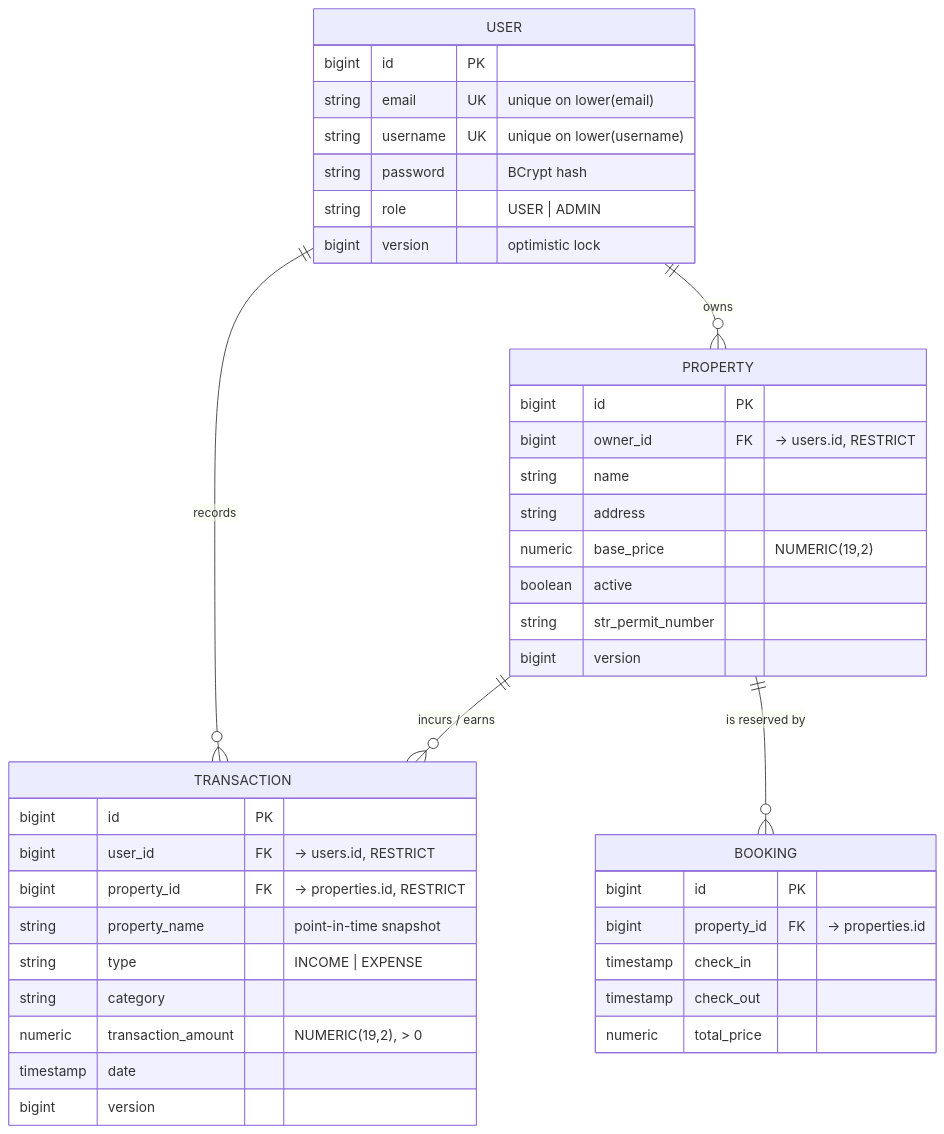
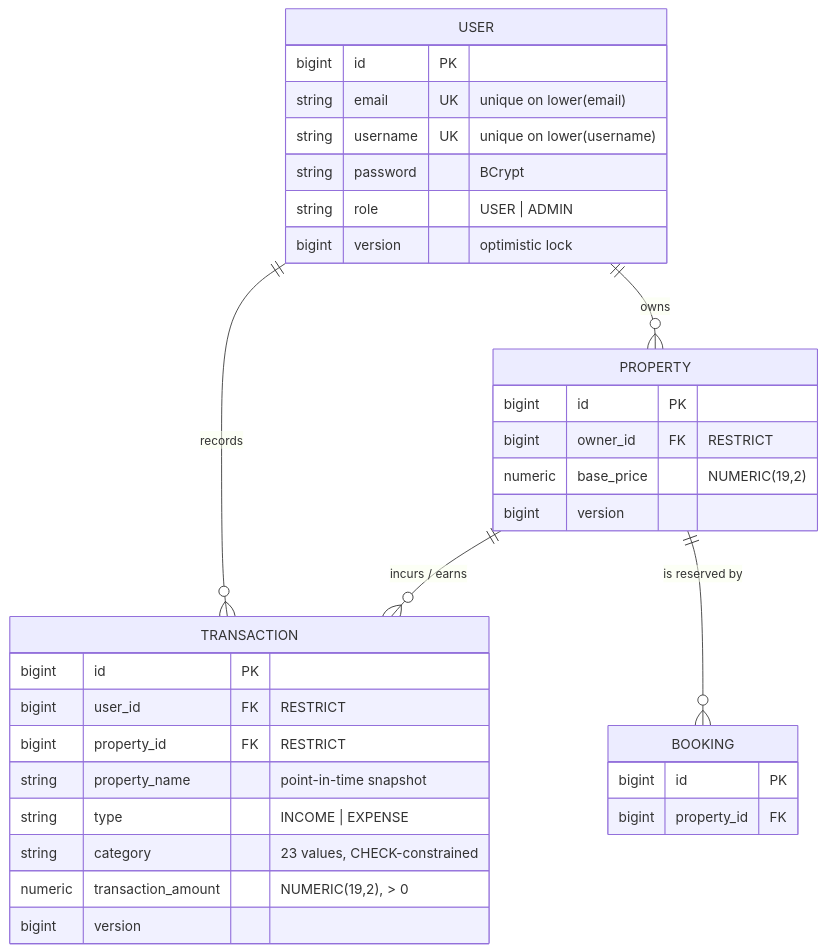
Before and after one commit to HoseaCodes/PropFlow-API: the second of 2 diagrams in README.md, drawn with Mermaid. The commit also changed other lines of this file and 1 other file, not shown here.

````diff
--- a/README.md
+++ b/README.md
@@ -35,44 +74,36 @@
 ```mermaid
 erDiagram
     USER ||--o{ PROPERTY : owns
     USER ||--o{ TRANSACTION : records
     PROPERTY ||--o{ TRANSACTION : "incurs / earns"
     PROPERTY ||--o{ BOOKING : "is reserved by"
 
     USER {
         bigint id PK
         string email UK "unique on lower(email)"
         string username UK "unique on lower(username)"
-        string password "BCrypt hash"
+        string password "BCrypt"
         string role "USER | ADMIN"
         bigint version "optimistic lock"
     }
     PROPERTY {
         bigint id PK
-        bigint owner_id FK "-> users.id, RESTRICT"
-        string name
-        string address
+        bigint owner_id FK "RESTRICT"
         numeric base_price "NUMERIC(19,2)"
-        boolean active
-        string str_permit_number
         bigint version
     }
     TRANSACTION {
         bigint id PK
-        bigint user_id FK "-> users.id, RESTRICT"
-        bigint property_id FK "-> properties.id, RESTRICT"
+        bigint user_id FK "RESTRICT"
+        bigint property_id FK "RESTRICT"
         string property_name "point-in-time snapshot"
         string type "INCOME | EXPENSE"
-        string category
+        string category "23 values, CHECK-constrained"
         numeric transaction_amount "NUMERIC(19,2), > 0"
-        timestamp date
         bigint version
     }
     BOOKING {
         bigint id PK
-        bigint property_id FK "-> properties.id"
-        timestamp check_in
-        timestamp check_out
-        numeric total_price
+        bigint property_id FK
     }
 ```
````
